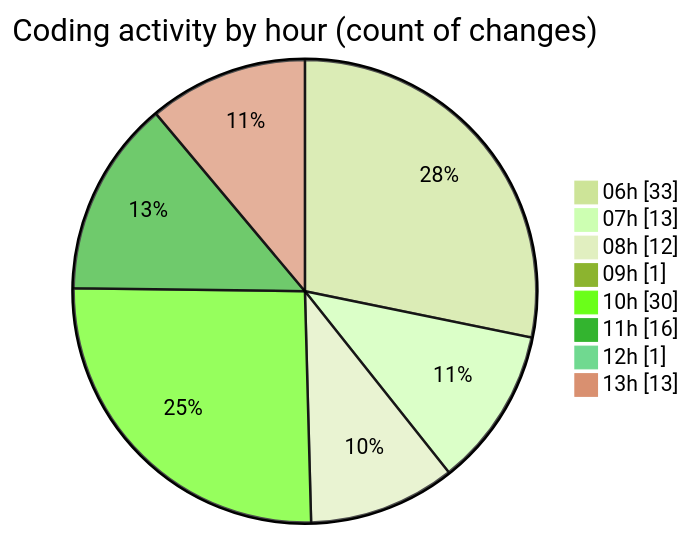
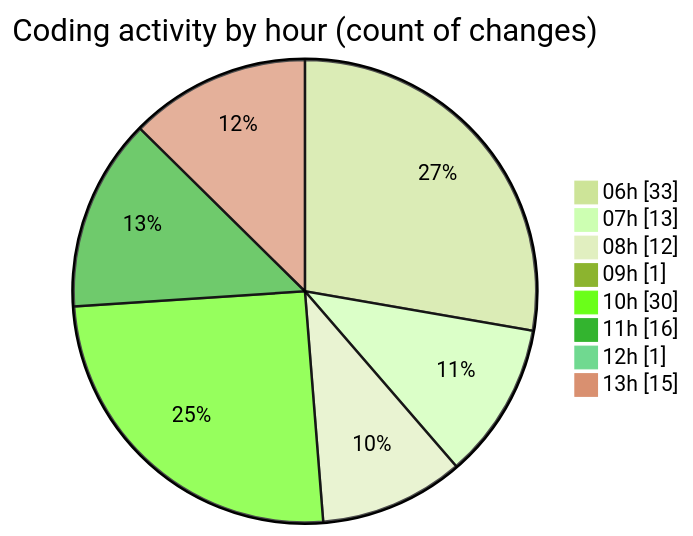
One commit to charlie-sans/code-tracking changed the second of 2 diagrams in 2025-02-21/micros/README.md. Above: the diagram before and after it, drawn with Mermaid (forest theme). The commit also changed other lines of this file and 1 other file, not shown here.

````diff
--- a/2025-02-21/micros/README.md
+++ b/2025-02-21/micros/README.md
@@ -88,12 +88,12 @@
 ```mermaid
 pie showData
 title Coding activity by hour (count of changes)
 "06h" : 33
 "07h" : 13
 "08h" : 12
 "09h" : 1
 "10h" : 30
 "11h" : 16
 "12h" : 1
-"13h" : 13
+"13h" : 15
 ```
````
